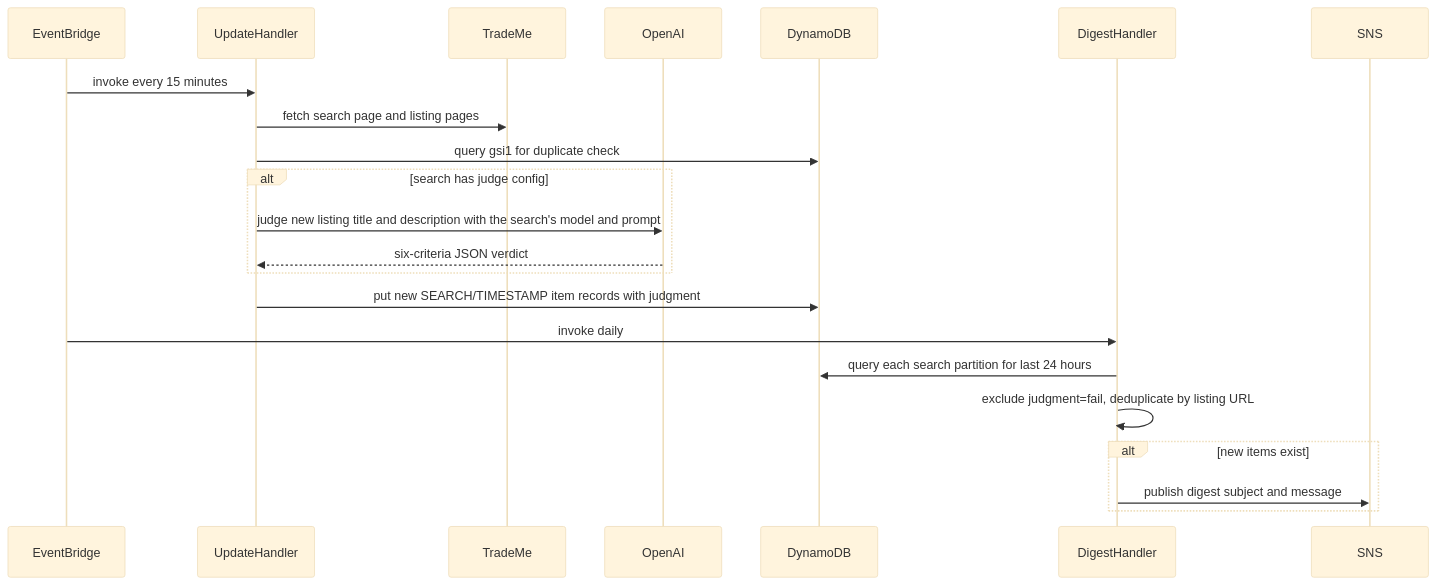
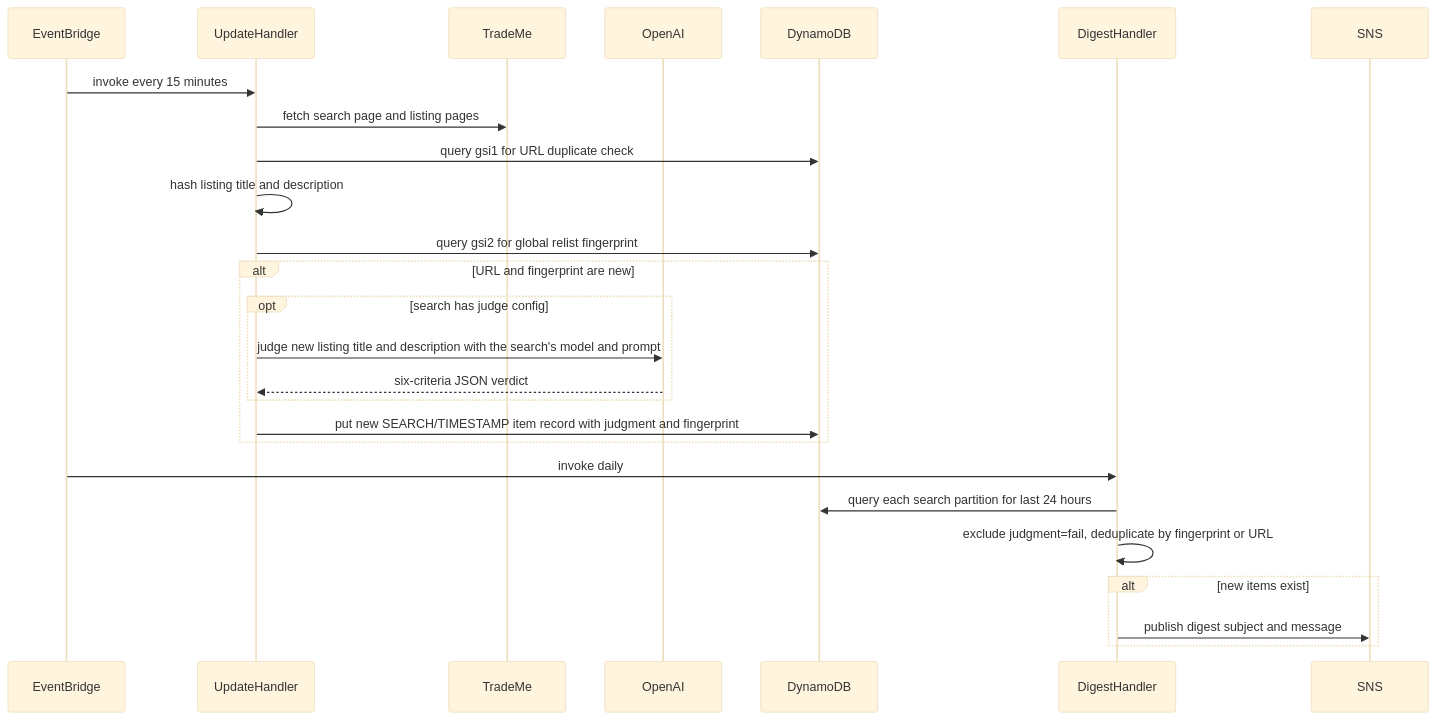
The second of 2 diagrams in auction_tracker_api/README.md (jordansimsmith/jordansimsmith-com), drawn with Mermaid (base theme) before and after one commit. The commit also changed other lines of this file and 9 other files, not shown here.

````diff
--- a/auction_tracker_api/README.md
+++ b/auction_tracker_api/README.md
@@ -63,25 +66,29 @@
 ```mermaid
 sequenceDiagram
   participant EventBridge
   participant UpdateHandler
   participant TradeMe
   participant OpenAI
   participant DynamoDB
   participant DigestHandler
   participant SNS
 
   EventBridge->>UpdateHandler: invoke every 15 minutes
   UpdateHandler->>TradeMe: fetch search page and listing pages
-  UpdateHandler->>DynamoDB: query gsi1 for duplicate check
-  alt search has judge config
-    UpdateHandler->>OpenAI: judge new listing title and description with the search's model and prompt
-    OpenAI-->>UpdateHandler: six-criteria JSON verdict
+  UpdateHandler->>DynamoDB: query gsi1 for URL duplicate check
+  UpdateHandler->>UpdateHandler: hash listing title and description
+  UpdateHandler->>DynamoDB: query gsi2 for global relist fingerprint
+  alt URL and fingerprint are new
+    opt search has judge config
+      UpdateHandler->>OpenAI: judge new listing title and description with the search's model and prompt
+      OpenAI-->>UpdateHandler: six-criteria JSON verdict
+    end
+    UpdateHandler->>DynamoDB: put new SEARCH/TIMESTAMP item record with judgment and fingerprint
   end
-  UpdateHandler->>DynamoDB: put new SEARCH/TIMESTAMP item records with judgment
   EventBridge->>DigestHandler: invoke daily
   DigestHandler->>DynamoDB: query each search partition for last 24 hours
-  DigestHandler->>DigestHandler: exclude judgment=fail, deduplicate by listing URL
+  DigestHandler->>DigestHandler: exclude judgment=fail, deduplicate by fingerprint or URL
   alt new items exist
     DigestHandler->>SNS: publish digest subject and message
   end
 ```
````
